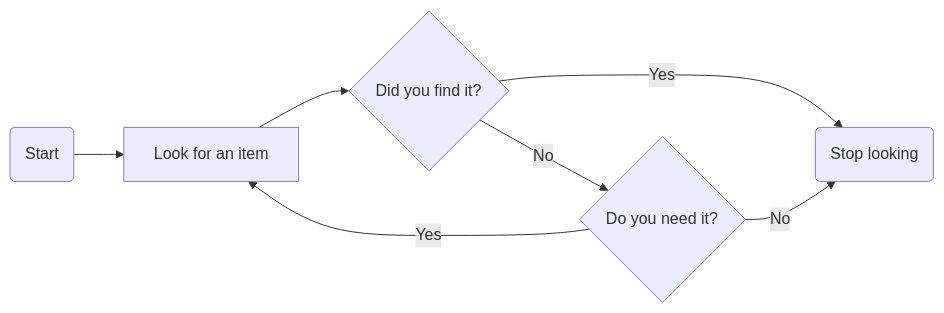
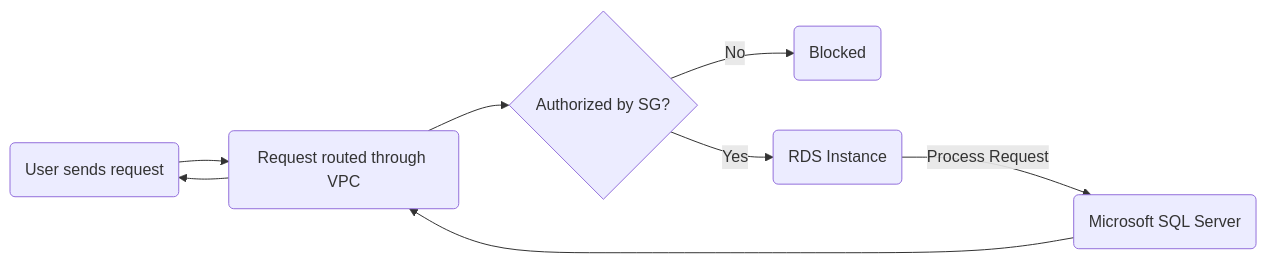
One commit to saikamat/AWS_Projects changed the diagram in 03-Deploying_SQL_Server_databases_on_Amazon_RDS/README.md. Above: the diagram before and after it, drawn with Mermaid.

Commit message:
added workflow diagram

````diff
--- a/03-Deploying_SQL_Server_databases_on_Amazon_RDS/README.md
+++ b/03-Deploying_SQL_Server_databases_on_Amazon_RDS/README.md
@@ -42,13 +42,13 @@
 ```mermaid
 graph LR
 
-A(Start)
+A(User sends request)
 
-A --> B[Look for an item]
-
-B --> C{Did you find it?}
-C -->|Yes| D(Stop looking)
-C -->|No| E{Do you need it?}
-E -->|Yes| B
-E -->|No| D
+A --> B(Request routed through VPC)
+B --> C{Authorized by SG?}
+C -->|No| E(Blocked)
+C -->|Yes| D(RDS Instance)
+D -->|Process Request|F(Microsoft SQL Server)
+F --> B
+B --> A
 ```
````
